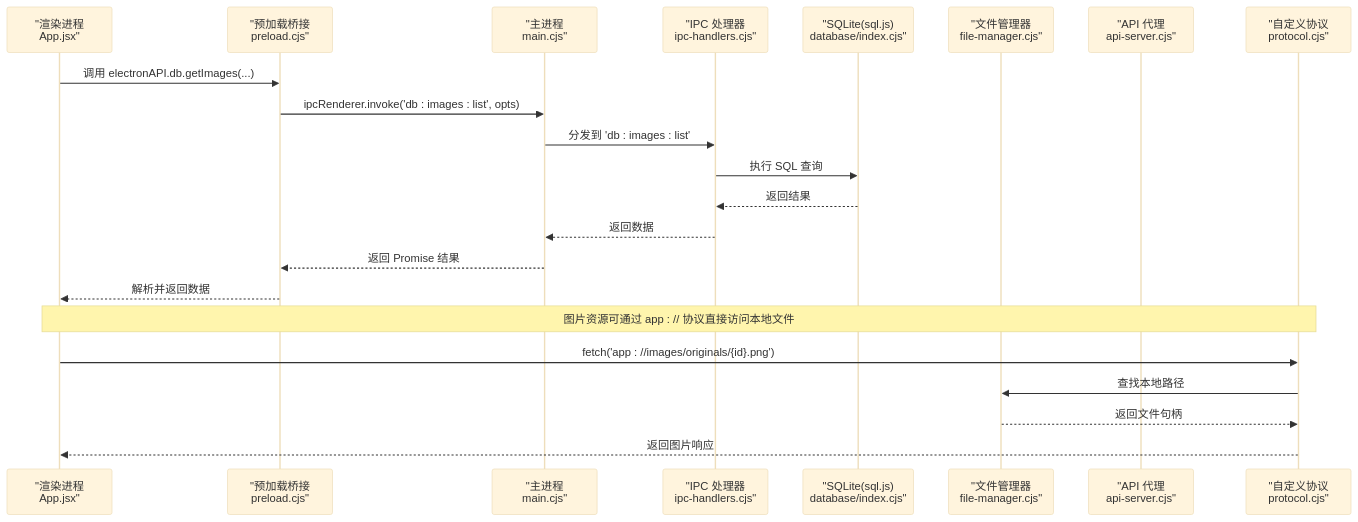
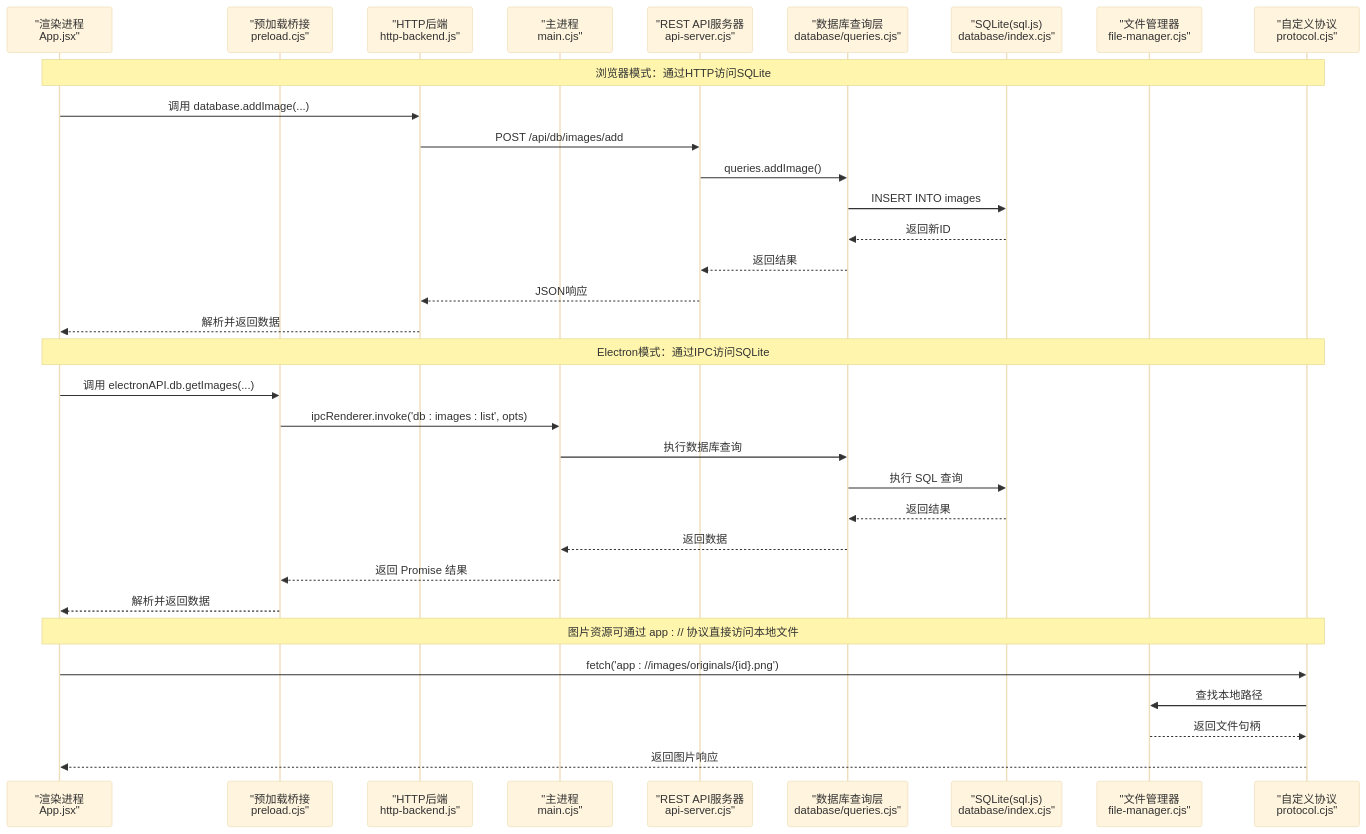
Before and after one commit to AlbusWei/AI-Image-Studio: the second of 12 diagrams in .qoder/repowiki/zh/content/架构设计/Electron 桌面应用架构.md, drawn with Mermaid (base theme). The commit also changed other lines of this file and 26 other files, not shown here.

First line of the commit message:
fix: 修复 Electron 模式下 Gallery 无法显示图片的 3 个断裂点

````diff
--- a/.qoder/repowiki/zh/content/架构设计/Electron 桌面应用架构.md
+++ b/.qoder/repowiki/zh/content/架构设计/Electron 桌面应用架构.md
@@ -144,24 +170,35 @@
 ```mermaid
 sequenceDiagram
 participant UI as "渲染进程<br/>App.jsx"
 participant Bridge as "预加载桥接<br/>preload.cjs"
+participant HTTPB as "HTTP后端<br/>http-backend.js"
 participant Main as "主进程<br/>main.cjs"
-participant IPC as "IPC 处理器<br/>ipc-handlers.cjs"
+participant API as "REST API服务器<br/>api-server.cjs"
+participant DBQ as "数据库查询层<br/>database/queries.cjs"
 participant DB as "SQLite(sql.js)<br/>database/index.cjs"
 participant FS as "文件管理器<br/>file-manager.cjs"
-participant API as "API 代理<br/>api-server.cjs"
 participant Proto as "自定义协议<br/>protocol.cjs"
+Note over UI,Proto : 浏览器模式：通过HTTP访问SQLite
+UI->>HTTPB : 调用 database.addImage(...)
+HTTPB->>API : POST /api/db/images/add
+API->>DBQ : queries.addImage()
+DBQ->>DB : INSERT INTO images
+DB-->>DBQ : 返回新ID
+DBQ-->>API : 返回结果
+API-->>HTTPB : JSON响应
+HTTPB-->>UI : 解析并返回数据
+Note over UI,Proto : Electron模式：通过IPC访问SQLite
 UI->>Bridge : 调用 electronAPI.db.getImages(...)
 Bridge->>Main : ipcRenderer.invoke('db : images : list', opts)
-Main->>IPC : 分发到 'db : images : list'
-IPC->>DB : 执行 SQL 查询
-DB-->>IPC : 返回结果
-IPC-->>Main : 返回数据
+Main->>DBQ : 执行数据库查询
+DBQ->>DB : 执行 SQL 查询
+DB-->>DBQ : 返回结果
+DBQ-->>Main : 返回数据
 Main-->>Bridge : 返回 Promise 结果
 Bridge-->>UI : 解析并返回数据
 Note over UI,Proto : 图片资源可通过 app : // 协议直接访问本地文件
 UI->>Proto : fetch('app : //images/originals/{id}.png')
 Proto->>FS : 查找本地路径
 FS-->>Proto : 返回文件句柄
 Proto-->>UI : 返回图片响应
 ```
````
